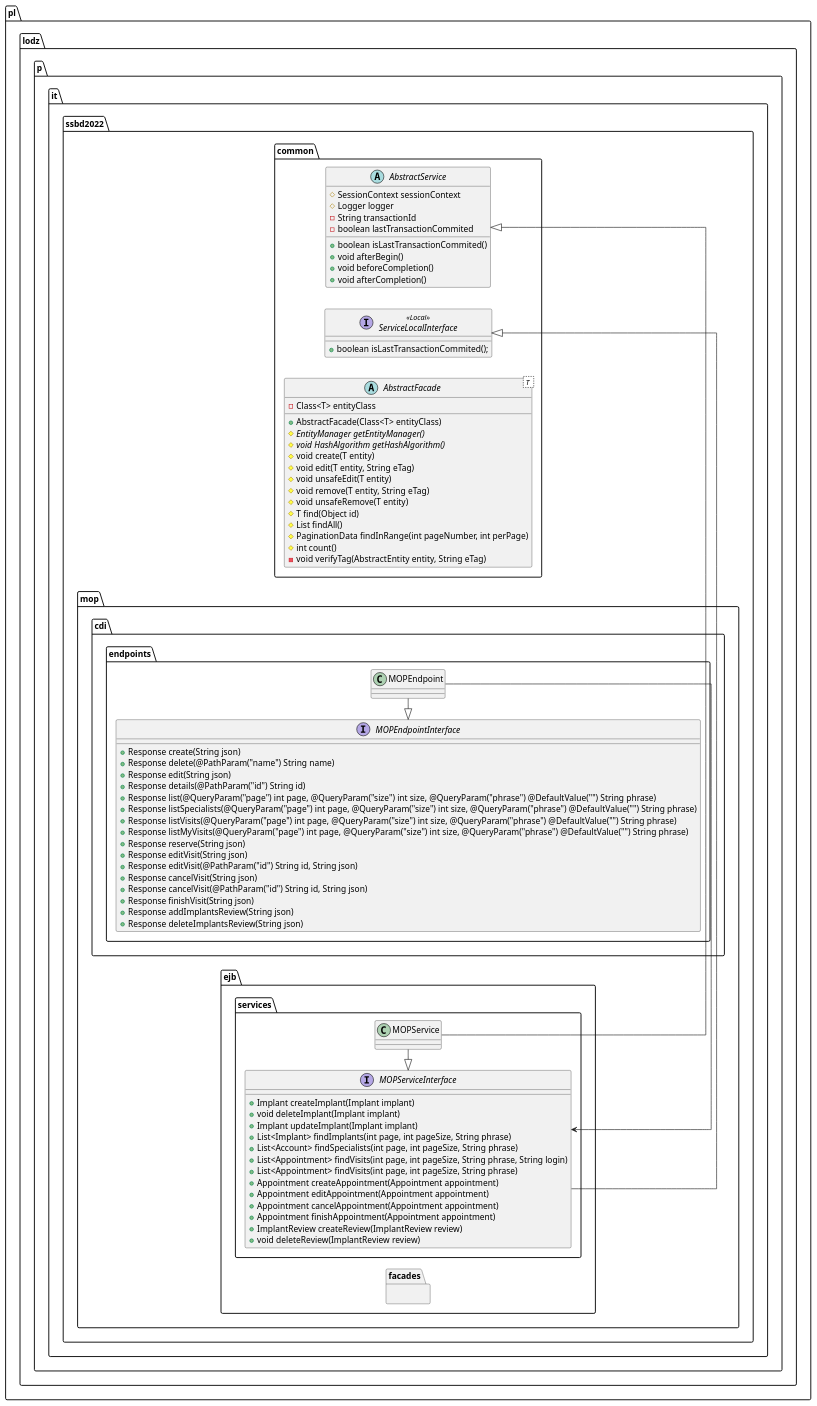
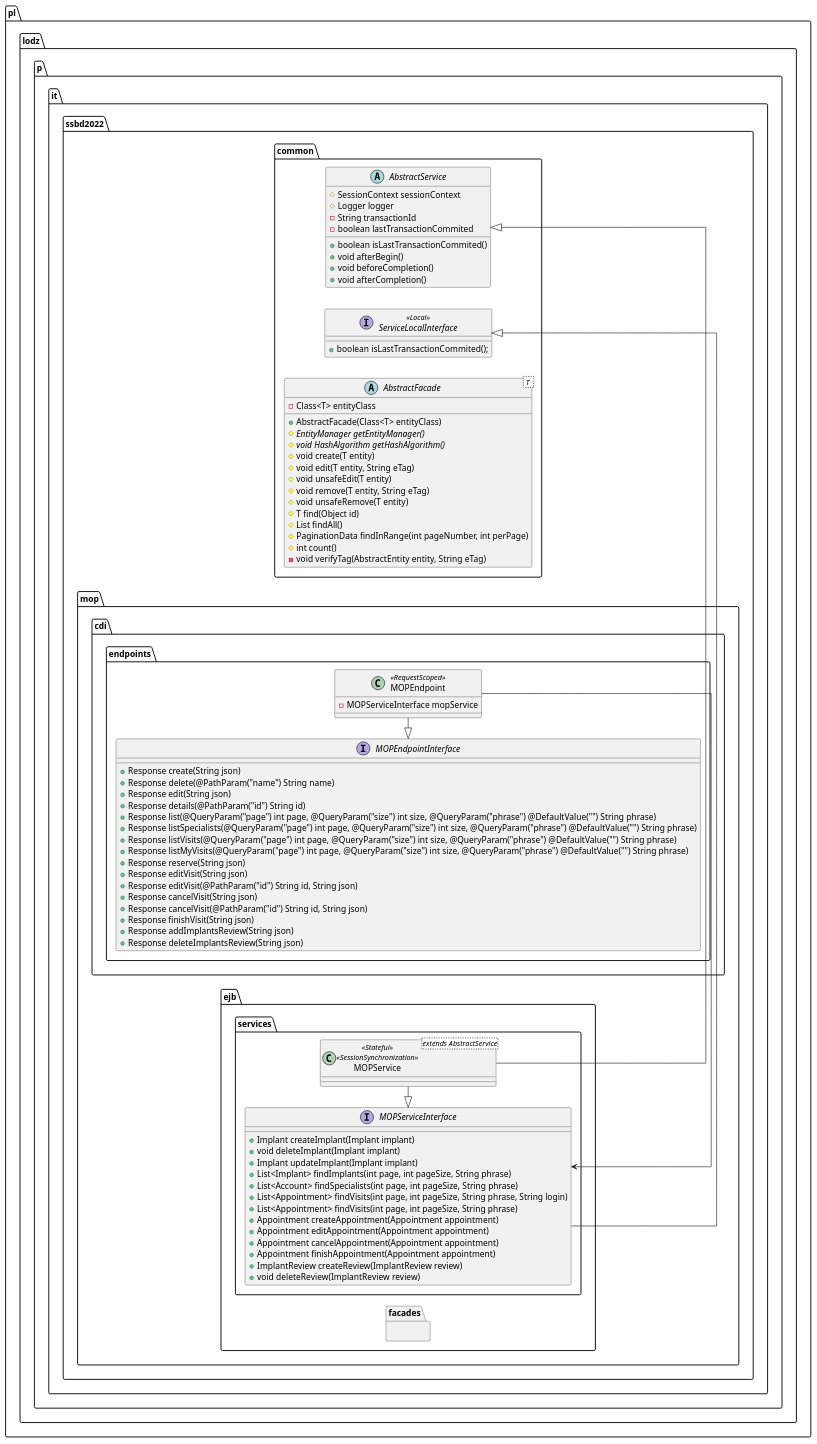
Before and after one commit to TheVivent-Politechnika-Lodzka/ssbd03_kic_uml: the diagram in src/rozdział 9/mop.puml, drawn with PlantUML. The commit also changed 1 other file, not shown here.

```diff
--- a/src/rozdział 9/mop.puml
+++ b/src/rozdział 9/mop.puml
@@ -1,122 +1,123 @@
 @startuml mop_ejb_cdi_diagram
 left to right direction
 skinparam linetype ortho
 
 package pl.lodz.p.it.ssbd2022.common {
     abstract class AbstractFacade< T  > {
         -Class<T> entityClass
         +AbstractFacade(Class<T> entityClass)
         #{abstract} EntityManager getEntityManager()
         #{abstract} void HashAlgorithm getHashAlgorithm()
         #void create(T entity)
         #void edit(T entity, String eTag)
         #void unsafeEdit(T entity)
         #void remove(T entity, String eTag)
         #void unsafeRemove(T entity)
         #T find(Object id)
         #List findAll()
         #PaginationData findInRange(int pageNumber, int perPage)
         #int count()
         -void verifyTag(AbstractEntity entity, String eTag)
     }
 
     abstract class AbstractService {
         #SessionContext sessionContext
         #Logger logger
         -String transactionId
         -boolean lastTransactionCommited
         +boolean isLastTransactionCommited()
         +void afterBegin()
         +void beforeCompletion()
         +void afterCompletion()
     }
 
     interface ServiceLocalInterface <<Local>> {
         +boolean isLastTransactionCommited();
     }
 }
 
 
 package pl.lodz.p.it.ssbd2022.mop {
 
     ' ENDPOINTY
     package cdi.endpoints {
         interface MOPEndpointInterface {
             +Response create(String json)
             +Response delete(@PathParam("name") String name)
             +Response edit(String json)
             +Response details(@PathParam("id") String id)
             +Response list(@QueryParam("page") int page, @QueryParam("size") int size, @QueryParam("phrase") @DefaultValue("") String phrase)
             +Response listSpecialists(@QueryParam("page") int page, @QueryParam("size") int size, @QueryParam("phrase") @DefaultValue("") String phrase)
             +Response listVisits(@QueryParam("page") int page, @QueryParam("size") int size, @QueryParam("phrase") @DefaultValue("") String phrase)
             +Response listMyVisits(@QueryParam("page") int page, @QueryParam("size") int size, @QueryParam("phrase") @DefaultValue("") String phrase)
             +Response reserve(String json)
             +Response editVisit(String json)
             +Response editVisit(@PathParam("id") String id, String json)
             +Response cancelVisit(String json)
             +Response cancelVisit(@PathParam("id") String id, String json)
             +Response finishVisit(String json)
             +Response addImplantsReview(String json)
             +Response deleteImplantsReview(String json)
         }
 
-        class MOPEndpoint {
+        class MOPEndpoint<<RequestScoped>> {
+            -MOPServiceInterface mopService
                 
         }           
     }
 
     ' FASADY
     package ejb.facades {
 
     }
 
     ' SERWISY
     package ejb.services {
 
         interface MOPServiceInterface {
             +Implant createImplant(Implant implant)
             +void deleteImplant(Implant implant)
             +Implant updateImplant(Implant implant)
             +List<Implant> findImplants(int page, int pageSize, String phrase)
             +List<Account> findSpecialists(int page, int pageSize, String phrase)
             +List<Appointment> findVisits(int page, int pageSize, String phrase, String login)
             +List<Appointment> findVisits(int page, int pageSize, String phrase)
             +Appointment createAppointment(Appointment appointment)
             +Appointment editAppointment(Appointment appointment)
             +Appointment cancelAppointment(Appointment appointment)
             +Appointment finishAppointment(Appointment appointment)
             +ImplantReview createReview(ImplantReview review)
             +void deleteReview(ImplantReview review)
         }
 
-        class MOPService {}
+        class MOPService <extends AbstractService> <<Stateful>><<SessionSynchronization>> {}
 
     }
     
 }
 
 ' extend fasad
 ' AbstractFacade <|- AccessLevelFacade
 ' AbstractFacade <|- AccountFacade
 ' AbstractFacade <|- ActiveAccountFacade
 ' AbstractFacade <|- ResetPasswordFacade
 
 ' extend/implement serwis
 AbstractService <|- MOPService
 ServiceLocalInterface <|- MOPServiceInterface
 MOPServiceInterface <|- MOPService
 
 ' implement endpoint
 MOPEndpointInterface <|- MOPEndpoint
 
 ' wykorzystanie serwisu przez endpoint
 MOPEndpoint -> MOPServiceInterface
 
 ' wykorzystanie fasady przez serwis
 ' mopService -> AccessLevelFacade
 ' mopService -> AccountFacade
 ' mopService -> ActiveAccountFacade
 ' mopService -> ResetPasswordFacade
 
 
 @enduml
```
